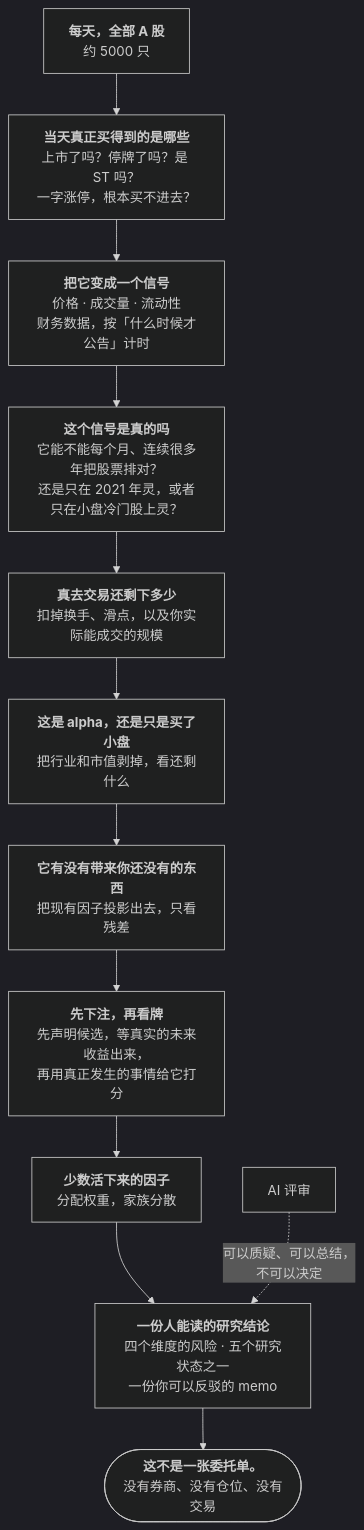
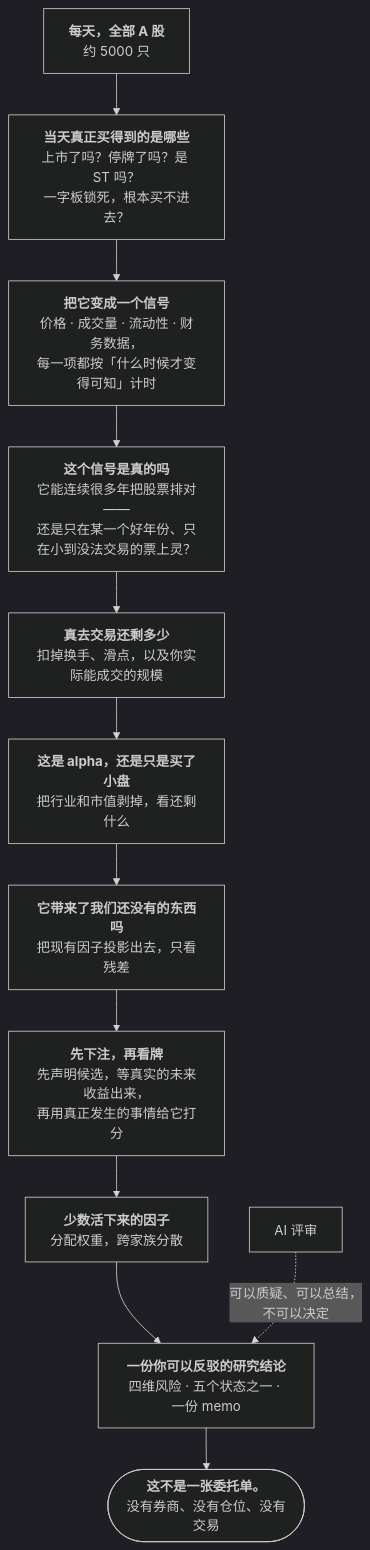
The diagram in README.zh-CN.md (alpha-mw/myQuant), drawn with Mermaid (dark theme) before and after one commit. The commit also changed other lines of this file and 1 other file, not shown here.

````diff
--- a/README.zh-CN.md
+++ b/README.zh-CN.md
@@ -56,18 +66,18 @@
 ```mermaid
 flowchart TD
     U["<b>每天，全部 A 股</b><br/>约 5000 只"]
-    P["<b>当天真正买得到的是哪些</b><br/>上市了吗？停牌了吗？是 ST 吗？<br/>一字涨停，根本买不进去？"]
-    S["<b>把它变成一个信号</b><br/>价格 · 成交量 · 流动性<br/>财务数据，按「什么时候才公告」计时"]
-    E["<b>这个信号是真的吗</b><br/>它能不能每个月、连续很多年把股票排对？<br/>还是只在 2021 年灵，或者只在小盘冷门股上灵？"]
-    K["<b>真去交易还剩下多少</b><br/>扣掉换手、滑点，以及你实际能成交的规模"]
+    P["<b>当天真正买得到的是哪些</b><br/>上市了吗？停牌了吗？是 ST 吗？<br/>一字板锁死，根本买不进去？"]
+    S["<b>把它变成一个信号</b><br/>价格 · 成交量 · 流动性 · 财务数据，<br/>每一项都按「什么时候才变得可知」计时"]
+    E["<b>这个信号是真的吗</b><br/>它能连续很多年把股票排对——<br/>还是只在某一个好年份、只在小到没法交易的票上灵？"]
+    K["<b>真去交易还剩多少</b><br/>扣掉换手、滑点，以及你实际能成交的规模"]
     N["<b>这是 alpha，还是只是买了小盘</b><br/>把行业和市值剥掉，看还剩什么"]
-    X["<b>它有没有带来你还没有的东西</b><br/>把现有因子投影出去，只看残差"]
+    X["<b>它带来了我们还没有的东西吗</b><br/>把现有因子投影出去，只看残差"]
     W["<b>先下注，再看牌</b><br/>先声明候选，等真实的未来收益出来，<br/>再用真正发生的事情给它打分"]
-    R["<b>少数活下来的因子</b><br/>分配权重，家族分散"]
-    J["<b>一份人能读的研究结论</b><br/>四个维度的风险 · 五个研究状态之一<br/>一份你可以反驳的 memo"]
+    R["<b>少数活下来的因子</b><br/>分配权重，跨家族分散"]
+    J["<b>一份你可以反驳的研究结论</b><br/>四维风险 · 五个状态之一 · 一份 memo"]
     Z(["<b>这不是一张委托单。</b><br/>没有券商、没有仓位、没有交易"])
 
     U --> P --> S --> E --> K --> N --> X --> W --> R --> J --> Z
 
     LLM["AI 评审"] -. "可以质疑、可以总结，<br/>不可以决定" .-> J
 ```
````
